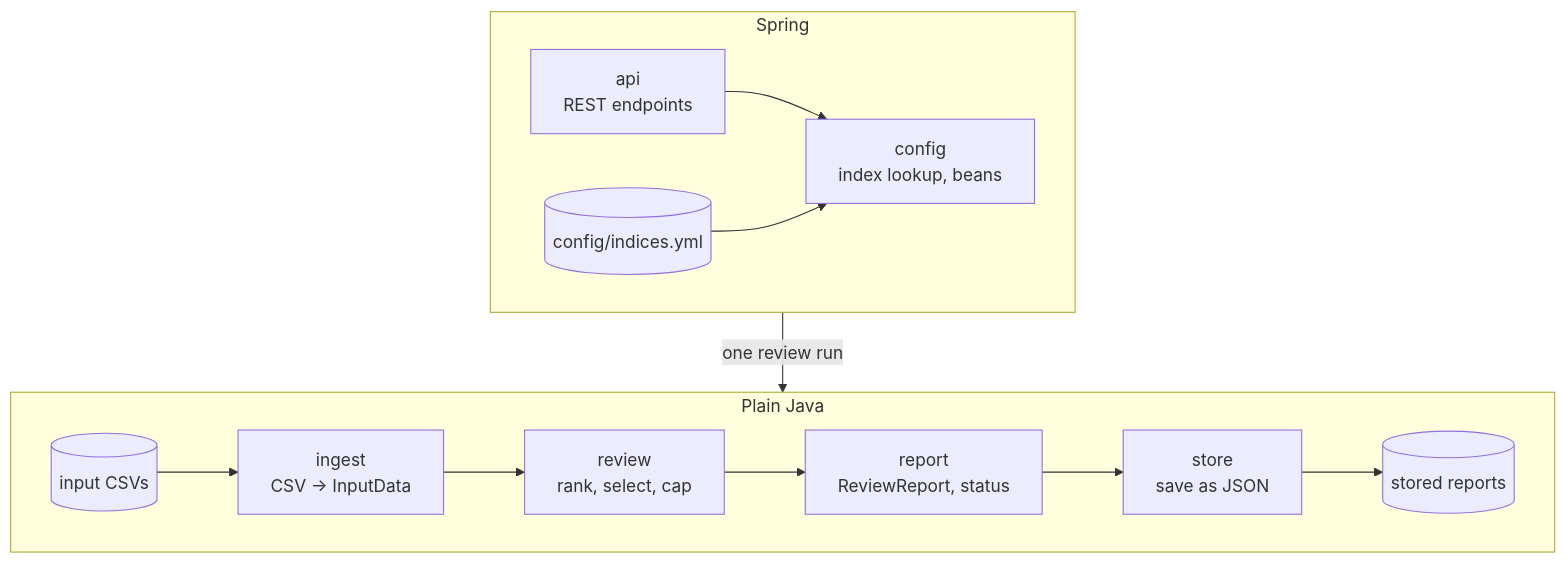
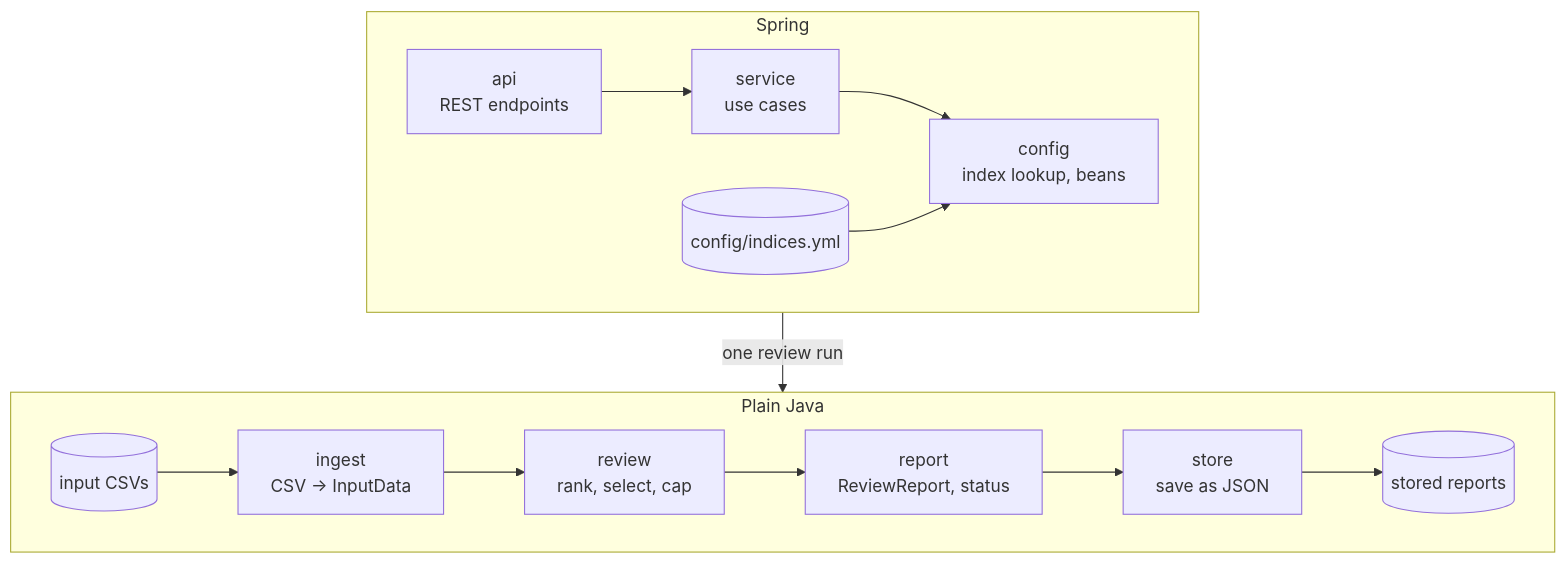
The diagram in docs/DESIGN.md (MarcMaetz/six-index), drawn with Mermaid before and after one commit. The commit also changed other lines of this file and 7 other files, not shown here.

Commit message:
Move use cases from the controller into ReviewService (D24)

````diff
--- a/docs/DESIGN.md
+++ b/docs/DESIGN.md
@@ -20,13 +20,13 @@
 ```mermaid
 flowchart TB
     subgraph spring [Spring]
         direction LR
-        api["api<br/>REST endpoints"] --> config["config<br/>index lookup, beans"]
+        api["api<br/>REST endpoints"] --> service["service<br/>use cases"] --> config["config<br/>index lookup, beans"]
         yml[(config/indices.yml)] --> config
     end
     spring -- "one review run" --> plain
     subgraph plain [Plain Java]
         direction LR
         csv[(input CSVs)] --> ingest["ingest<br/>CSV → InputData"] --> review["review<br/>rank, select, cap"] --> report["report<br/>ReviewReport, status"] --> store["store<br/>save as JSON"] --> json[(stored reports)]
     end
 ```
````
